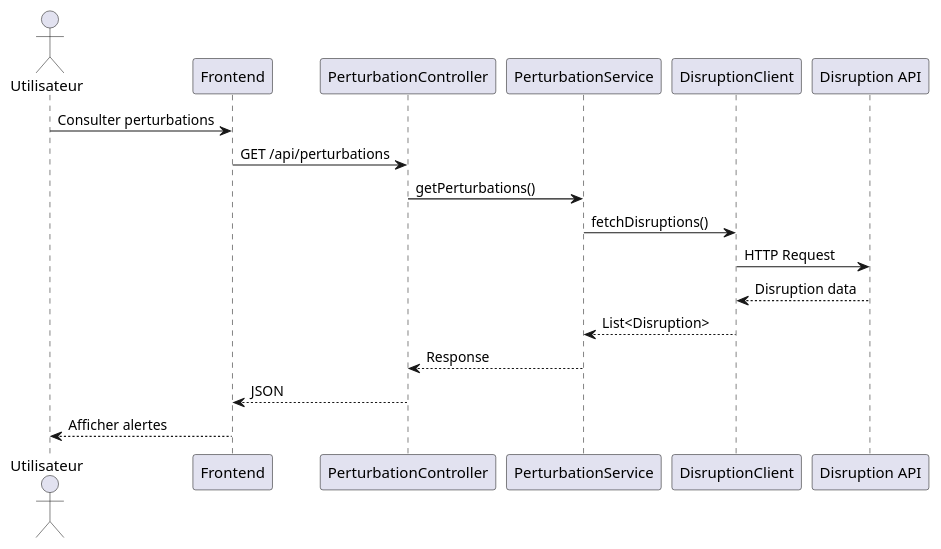
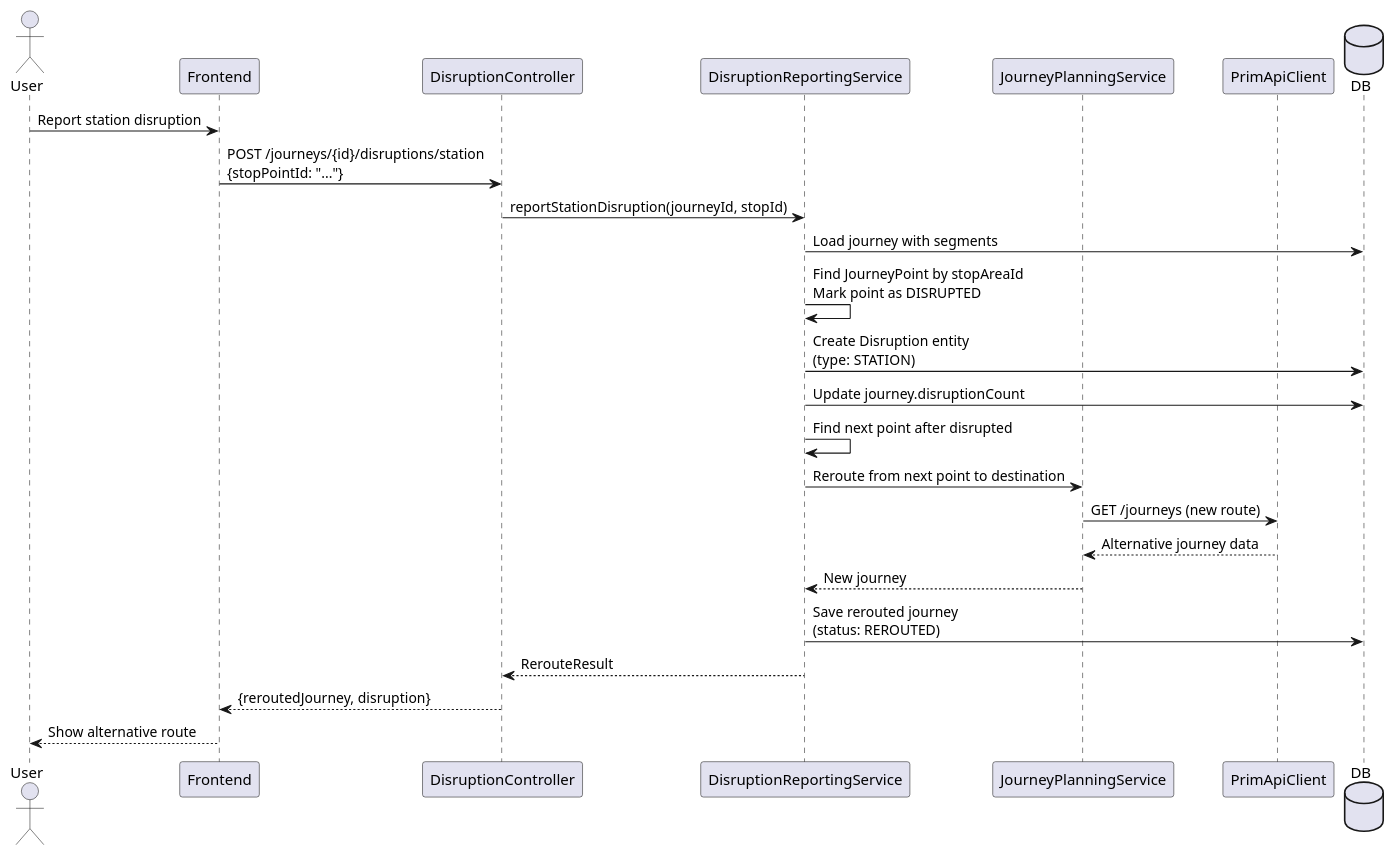
Before and after one commit to Aminmiri82/devops-project-MARLY: the eighth of 13 diagrams in docs/documentation.adoc, drawn with PlantUML. The commit also changed other lines of this file and 28 other files, not shown here.

```diff
--- a/docs/documentation.adoc
+++ b/docs/documentation.adoc
@@ -225,24 +659,31 @@
 [plantuml, sequence-disruption, svg]
 ----
 @startuml
 
-actor Utilisateur
+actor User
 participant Frontend
-participant PerturbationController
-participant PerturbationService
-participant DisruptionClient
-participant "Disruption API" as API
+participant DisruptionController
+participant DisruptionReportingService
+participant JourneyPlanningService
+participant PrimApiClient
+database DB
 
-Utilisateur -> Frontend : Consulter perturbations
-Frontend -> PerturbationController : GET /api/perturbations
-PerturbationController -> PerturbationService : getPerturbations()
-PerturbationService -> DisruptionClient : fetchDisruptions()
-DisruptionClient -> API : HTTP Request
-API --> DisruptionClient : Disruption data
-DisruptionClient --> PerturbationService : List<Disruption>
-PerturbationService --> PerturbationController : Response
-PerturbationController --> Frontend : JSON
-Frontend --> Utilisateur : Afficher alertes
+User -> Frontend : Report station disruption
+Frontend -> DisruptionController : POST /journeys/{id}/disruptions/station\n{stopPointId: "..."}
+DisruptionController -> DisruptionReportingService : reportStationDisruption(journeyId, stopId)
+DisruptionReportingService -> DB : Load journey with segments
+DisruptionReportingService -> DisruptionReportingService : Find JourneyPoint by stopAreaId\nMark point as DISRUPTED
+DisruptionReportingService -> DB : Create Disruption entity\n(type: STATION)
+DisruptionReportingService -> DB : Update journey.disruptionCount
+DisruptionReportingService -> DisruptionReportingService : Find next point after disrupted
+DisruptionReportingService -> JourneyPlanningService : Reroute from next point to destination
+JourneyPlanningService -> PrimApiClient : GET /journeys (new route)
+PrimApiClient --> JourneyPlanningService : Alternative journey data
+JourneyPlanningService --> DisruptionReportingService : New journey
+DisruptionReportingService -> DB : Save rerouted journey\n(status: REROUTED)
+DisruptionReportingService --> DisruptionController : RerouteResult
+DisruptionController --> Frontend : {reroutedJourney, disruption}
+Frontend --> User : Show alternative route
 
 @enduml
 ----
```
